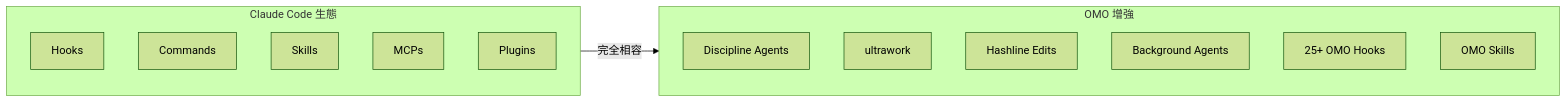
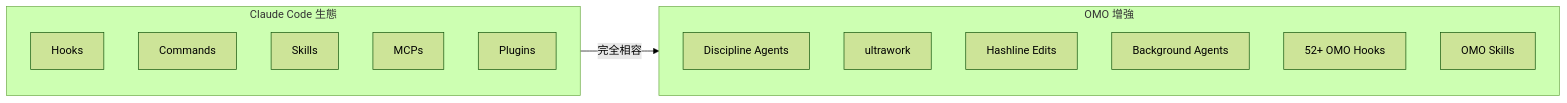
The fourth of 19 diagrams in content/posts/教學/AI開發/oh-my-openagent（Oh My OpenCode, OMO）教學手冊.md (chihhung/Blog), drawn with Mermaid (forest theme) before and after one commit. The commit also changed other lines of this file and 2 other files, not shown here.

````diff
--- a/content/posts/教學/AI開發/oh-my-openagent（Oh My OpenCode, OMO）教學手冊.md
+++ b/content/posts/教學/AI開發/oh-my-openagent（Oh My OpenCode, OMO）教學手冊.md
@@ -316,21 +322,21 @@
 ```mermaid
 graph LR
     subgraph ClaudeCodeEcosystem["Claude Code 生態"]
         CCHooks["Hooks"]
         CCCommands["Commands"]
         CCSkills["Skills"]
         CCMCPs["MCPs"]
         CCPlugins["Plugins"]
     end
 
     subgraph OMO_Enhancements["OMO 增強"]
         DAgents["Discipline Agents"]
         UltraW["ultrawork"]
         HashL["Hashline Edits"]
         BgAg["Background Agents"]
-        OMOHooks["25+ OMO Hooks"]
+        OMOHooks["52+ OMO Hooks"]
         OMOSkills["OMO Skills"]
     end
 
     ClaudeCodeEcosystem -->|"完全相容"| OMO_Enhancements
 ```
````
